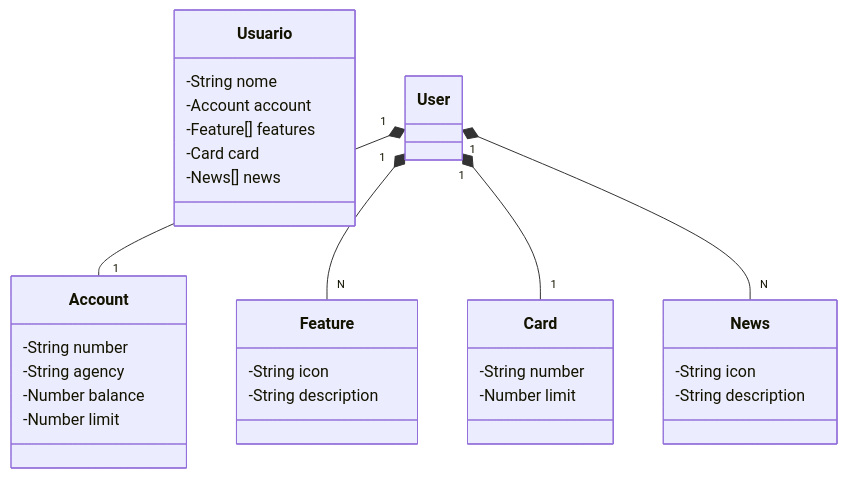
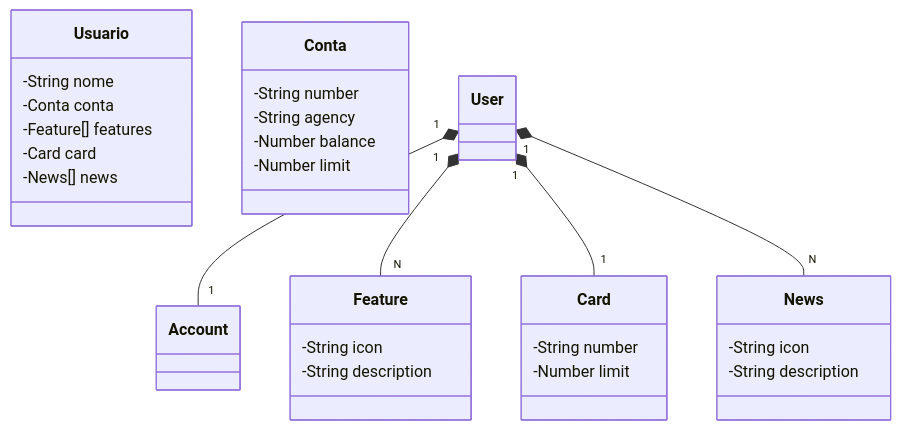
Before and after one commit to Mirilice/santander-dev-week-2023: the diagram in README.md, drawn with Mermaid.

Commit message:
Correção do diagrama

````diff
--- a/README.md
+++ b/README.md
@@ -19,37 +19,37 @@
 ```mermaid
 classDiagram
   class Usuario {
     -String nome
-    -Account account
+    -Conta conta
     -Feature[] features
     -Card card
     -News[] news
   }
 
-  class Account {
+  class Conta {
     -String number
     -String agency
     -Number balance
     -Number limit
   }
 
   class Feature {
     -String icon
     -String description
   }
 
   class Card {
     -String number
     -Number limit
   }
 
   class News {
     -String icon
     -String description
   }
 
   User "1" *-- "1" Account
   User "1" *-- "N" Feature
   User "1" *-- "1" Card
   User "1" *-- "N" News
 ```
````
